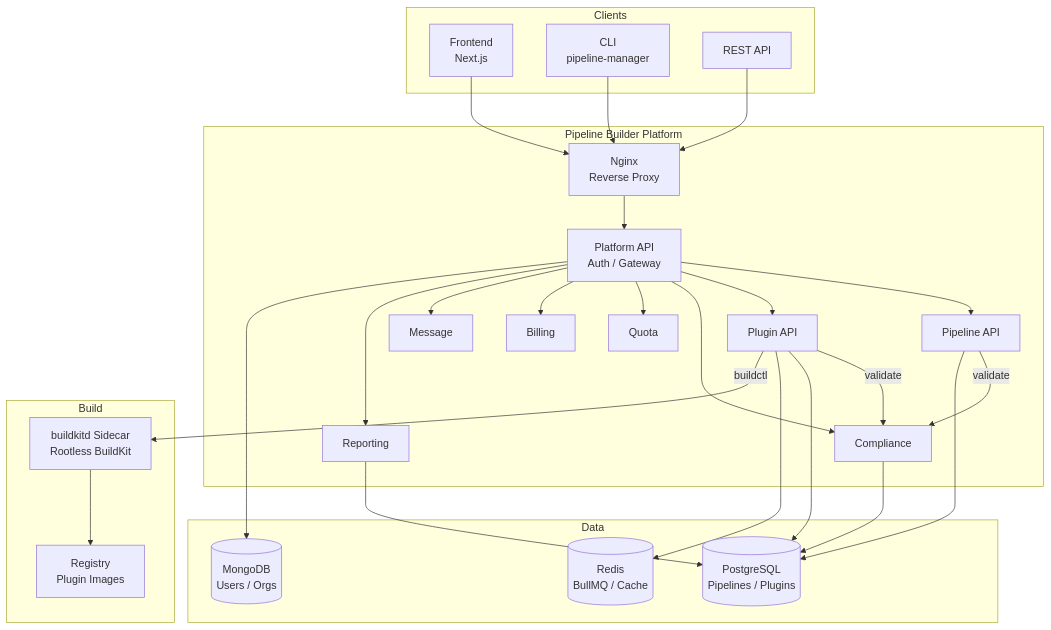
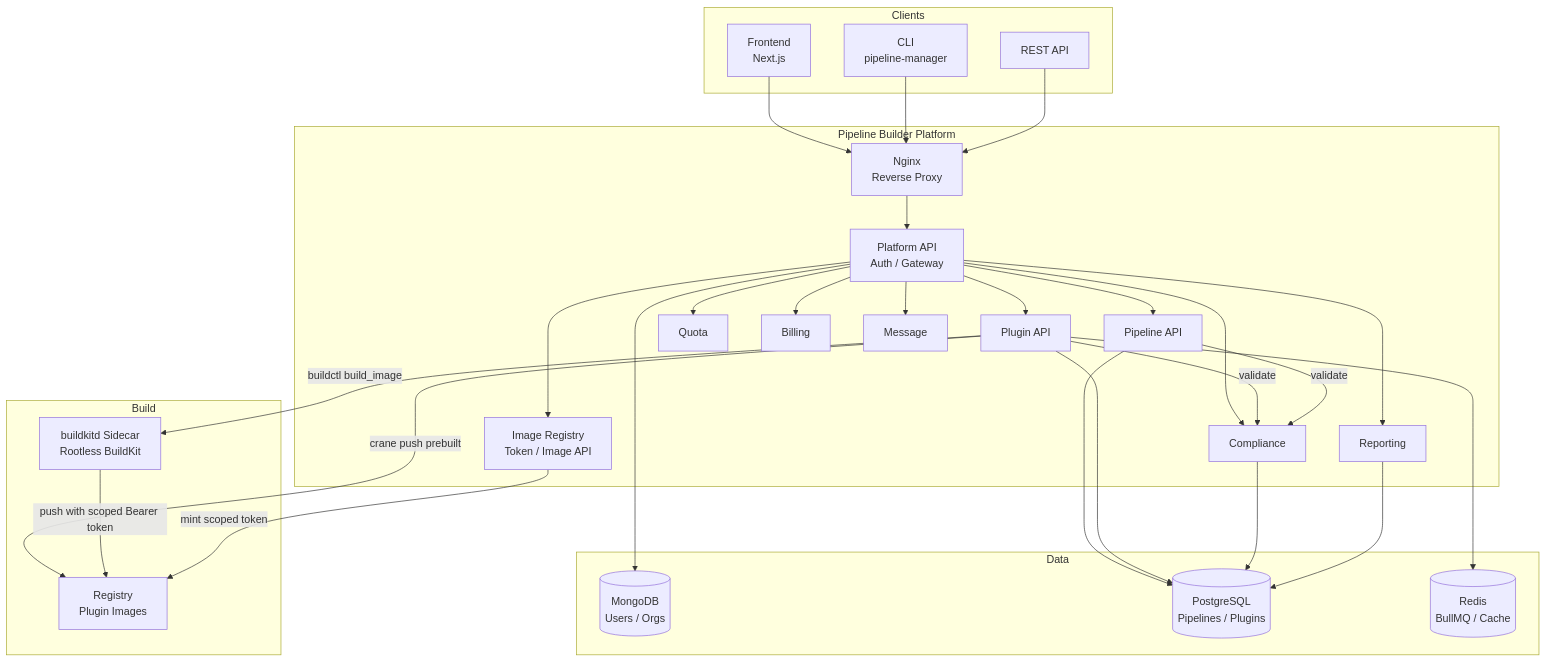
Before and after one commit to mwashburn160/pipeline-builder: the first of 10 diagrams in docs/architecture-flow.md, drawn with Mermaid. The commit also changed other lines of this file and 42 other files, not shown here.

````diff
--- a/docs/architecture-flow.md
+++ b/docs/architecture-flow.md
@@ -11,41 +11,44 @@
 ```mermaid
 flowchart TB
     subgraph Clients
         FE[Frontend<br/>Next.js]
         CLI[CLI<br/>pipeline-manager]
         API_EXT[REST API]
     end
 
     subgraph Platform["Pipeline Builder Platform"]
         NGINX[Nginx<br/>Reverse Proxy]
         PLATFORM[Platform API<br/>Auth / Gateway]
         PIPELINE[Pipeline API]
         PLUGIN[Plugin API]
         COMPLIANCE[Compliance]
         QUOTA[Quota]
         BILLING[Billing]
         MESSAGE[Message]
         REPORTING[Reporting]
+        IMGREG[Image Registry<br/>Token / Image API]
     end
 
     subgraph Data
         MONGO[(MongoDB<br/>Users / Orgs)]
         PG[(PostgreSQL<br/>Pipelines / Plugins)]
         REDIS[(Redis<br/>BullMQ / Cache)]
     end
 
     subgraph Build
         BK[buildkitd Sidecar<br/>Rootless BuildKit]
         REG[Registry<br/>Plugin Images]
     end
 
     FE & CLI & API_EXT --> NGINX
     NGINX --> PLATFORM
-    PLATFORM --> PIPELINE & PLUGIN & COMPLIANCE & QUOTA & BILLING & MESSAGE & REPORTING
+    PLATFORM --> PIPELINE & PLUGIN & COMPLIANCE & QUOTA & BILLING & MESSAGE & REPORTING & IMGREG
     PLUGIN & PIPELINE -->|validate| COMPLIANCE
     PLATFORM --> MONGO
     PIPELINE & PLUGIN & COMPLIANCE & REPORTING --> PG
     PLUGIN --> REDIS
-    PLUGIN -->|buildctl| BK
-    BK --> REG
+    PLUGIN -->|buildctl build_image| BK
+    PLUGIN -->|crane push prebuilt| REG
+    BK -->|push with scoped Bearer token| REG
+    IMGREG -->|mint scoped token| REG
 ```
````
